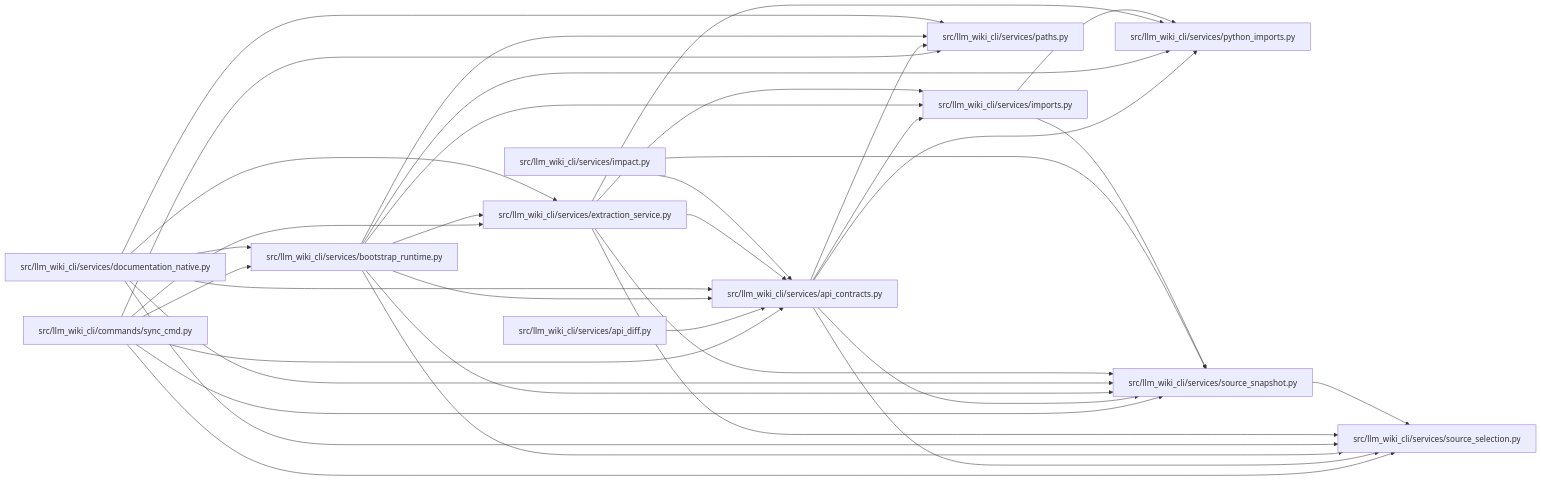
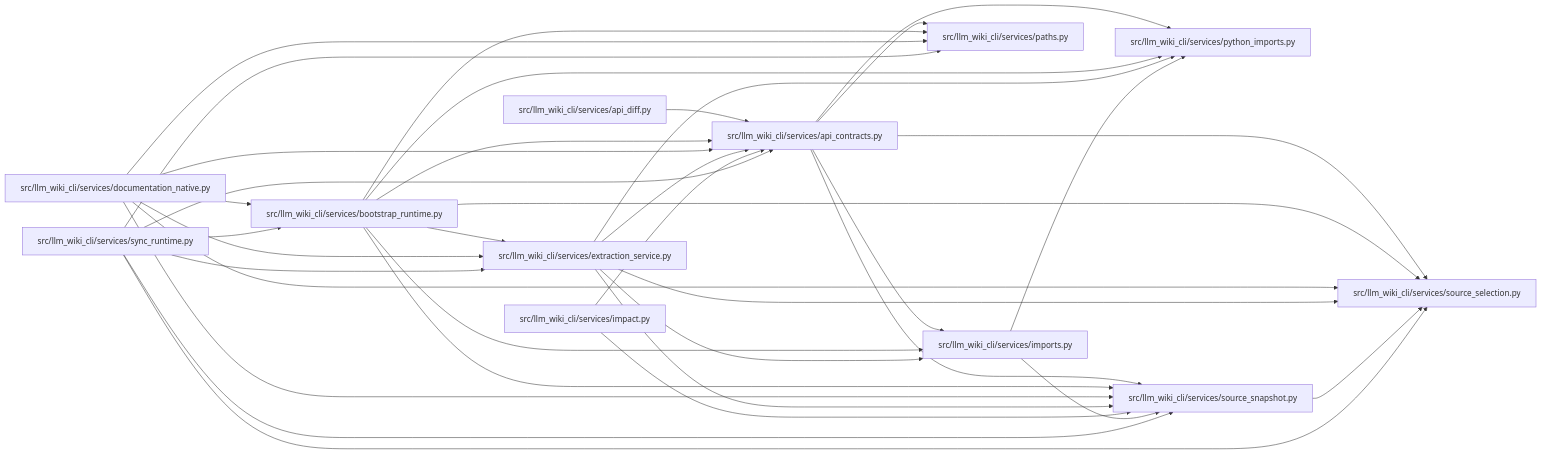
One commit to Denissvgn/python-wiki-llm changed the diagram in docs/llm_wiki/modules/api_contracts.md. Above: the diagram before and after it, drawn with Mermaid. The commit also changed other lines of this file and 1555 other files, not shown here.

````diff
--- a/docs/llm_wiki/modules/api_contracts.md
+++ b/docs/llm_wiki/modules/api_contracts.md
@@ -40,62 +40,62 @@
 ```mermaid
 flowchart LR
-    n0["src/llm_wiki_cli/commands/sync_cmd.py"]
-    n1["src/llm_wiki_cli/services/api_contracts.py"]
-    n2["src/llm_wiki_cli/services/api_diff.py"]
-    n3["src/llm_wiki_cli/services/bootstrap_runtime.py"]
-    n4["src/llm_wiki_cli/services/documentation_native.py"]
-    n5["src/llm_wiki_cli/services/extraction_service.py"]
-    n6["src/llm_wiki_cli/services/impact.py"]
-    n7["src/llm_wiki_cli/services/imports.py"]
-    n8["src/llm_wiki_cli/services/paths.py"]
-    n9["src/llm_wiki_cli/services/python_imports.py"]
-    n10["src/llm_wiki_cli/services/source_selection.py"]
-    n11["src/llm_wiki_cli/services/source_snapshot.py"]
-    n0 --> n1
-    n0 --> n3
-    n0 --> n5
+    n0["src/llm_wiki_cli/services/api_contracts.py"]
+    n1["src/llm_wiki_cli/services/api_diff.py"]
+    n2["src/llm_wiki_cli/services/bootstrap_runtime.py"]
+    n3["src/llm_wiki_cli/services/documentation_native.py"]
+    n4["src/llm_wiki_cli/services/extraction_service.py"]
+    n5["src/llm_wiki_cli/services/impact.py"]
+    n6["src/llm_wiki_cli/services/imports.py"]
+    n7["src/llm_wiki_cli/services/paths.py"]
+    n8["src/llm_wiki_cli/services/python_imports.py"]
+    n9["src/llm_wiki_cli/services/source_selection.py"]
+    n10["src/llm_wiki_cli/services/source_snapshot.py"]
+    n11["src/llm_wiki_cli/services/sync_runtime.py"]
+    n0 --> n6
+    n0 --> n7
     n0 --> n8
+    n0 --> n9
     n0 --> n10
-    n0 --> n11
-    n1 --> n7
-    n1 --> n8
-    n1 --> n9
-    n1 --> n10
-    n1 --> n11
-    n2 --> n1
-    n3 --> n1
-    n3 --> n5
+    n1 --> n0
+    n2 --> n0
+    n2 --> n4
+    n2 --> n6
+    n2 --> n7
+    n2 --> n8
+    n2 --> n9
+    n2 --> n10
+    n3 --> n0
+    n3 --> n2
+    n3 --> n4
     n3 --> n7
-    n3 --> n8
     n3 --> n9
     n3 --> n10
-    n3 --> n11
-    n4 --> n1
-    n4 --> n3
-    n4 --> n5
+    n4 --> n0
+    n4 --> n6
     n4 --> n8
+    n4 --> n9
     n4 --> n10
-    n4 --> n11
-    n5 --> n1
-    n5 --> n7
-    n5 --> n9
+    n5 --> n0
     n5 --> n10
-    n5 --> n11
-    n6 --> n1
-    n6 --> n11
-    n7 --> n9
-    n7 --> n11
+    n6 --> n8
+    n6 --> n10
+    n10 --> n9
+    n11 --> n0
+    n11 --> n2
+    n11 --> n4
+    n11 --> n7
+    n11 --> n9
     n11 --> n10
-    click n0 "../modules/sync_cmd.md"
-    click n1 "../modules/api_contracts.md"
-    click n2 "../modules/api_diff.md"
-    click n3 "../modules/bootstrap_runtime.md"
-    click n4 "../modules/documentation_native.md"
-    click n5 "../modules/extraction_service.md"
-    click n6 "../modules/impact.md"
-    click n7 "../modules/imports.md"
-    click n8 "../modules/paths.md"
-    click n9 "../modules/python_imports.md"
-    click n10 "../modules/source_selection.md"
-    click n11 "../modules/source_snapshot.md"
+    click n0 "../modules/api_contracts.md"
+    click n1 "../modules/api_diff.md"
+    click n2 "../modules/bootstrap_runtime.md"
+    click n3 "../modules/documentation_native.md"
+    click n4 "../modules/extraction_service.md"
+    click n5 "../modules/impact.md"
+    click n6 "../modules/imports.md"
+    click n7 "../modules/paths.md"
+    click n8 "../modules/python_imports.md"
+    click n9 "../modules/source_selection.md"
+    click n10 "../modules/source_snapshot.md"
+    click n11 "../modules/sync_runtime.md"
 ```
````
